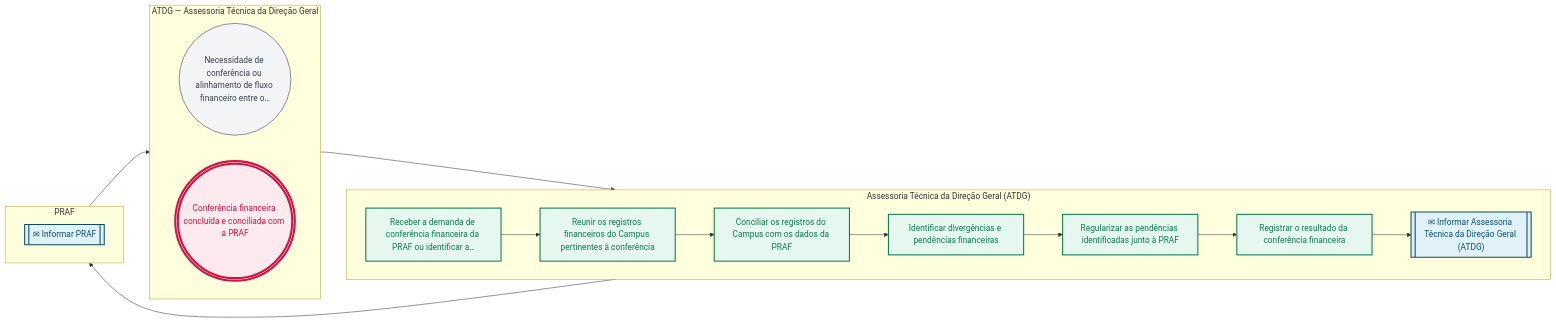
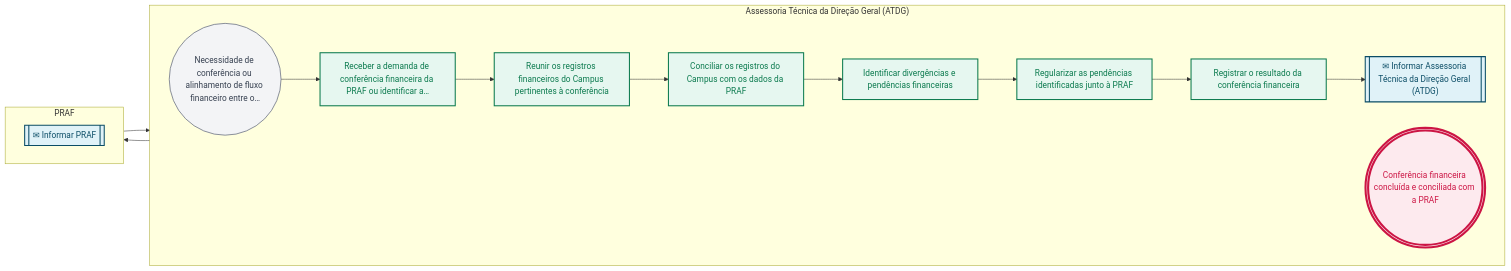
Before and after one commit to jessefers/canvas-vivo-atdg: the second of 2 diagrams in pops/CTR/CTR-03.md, drawn with Mermaid. The commit also changed other lines of this file and 107 other files, not shown here.

````diff
--- a/pops/CTR/CTR-03.md
+++ b/pops/CTR/CTR-03.md
@@ -147,41 +147,38 @@
 ```mermaid
 flowchart LR
-  subgraph R1["ATDG — Assessoria Técnica da Direção Geral"]
+  subgraph R1["Assessoria Técnica da Direção Geral (ATDG)"]
     direction LR
     e1(("Necessidade de conferência ou alinhamento de fluxo financeiro entre o…"))
-    e10((("Conferência financeira concluída e conciliada com a PRAF")))
-  end
-  subgraph R2["Assessoria Técnica da Direção Geral (ATDG)"]
-    direction LR
     e2["Receber a demanda de conferência financeira da PRAF ou identificar a…"]
     e3["Reunir os registros financeiros do Campus pertinentes à conferência"]
     e4["Conciliar os registros do Campus com os dados da PRAF"]
     e5["Identificar divergências e pendências financeiras"]
     e6["Regularizar as pendências identificadas junto à PRAF"]
     e7["Registrar o resultado da conferência financeira"]
     e8[["✉ Informar Assessoria Técnica da Direção Geral (ATDG)"]]
+    e10((("Conferência financeira concluída e conciliada com a PRAF")))
   end
-  subgraph R3["PRAF"]
+  subgraph R2["PRAF"]
     direction LR
     e9[["✉ Informar PRAF"]]
   end
   e1 --> e2
   e2 --> e3
   e3 --> e4
   e4 --> e5
   e5 --> e6
   e6 --> e7
   e7 --> e8
   e8 --> e9
   e9 --> e10
   classDef inicio fill:#f3f4f6,stroke:#6b7280,stroke-width:1.5px,color:#374151
   classDef atividade fill:#E6F7F0,stroke:#0B7A4E,stroke-width:2px,color:#0B7A4E
   classDef decisao fill:#FFF4ED,stroke:#C9783A,stroke-width:2px,color:#C9783A
   classDef fim fill:#FDEAEE,stroke:#CC1544,stroke-width:4px,color:#CC1544
   classDef pausa fill:#FDEAEE,stroke:#CC1544,stroke-width:2px,color:#CC1544
   classDef captura fill:#E0F2F8,stroke:#0B4D66,stroke-width:2px,color:#0B4D66
   class e1 inicio
   class e2,e3,e4,e5,e6,e7 atividade
   class e8,e9 captura
   class e10 fim
 ```
````
